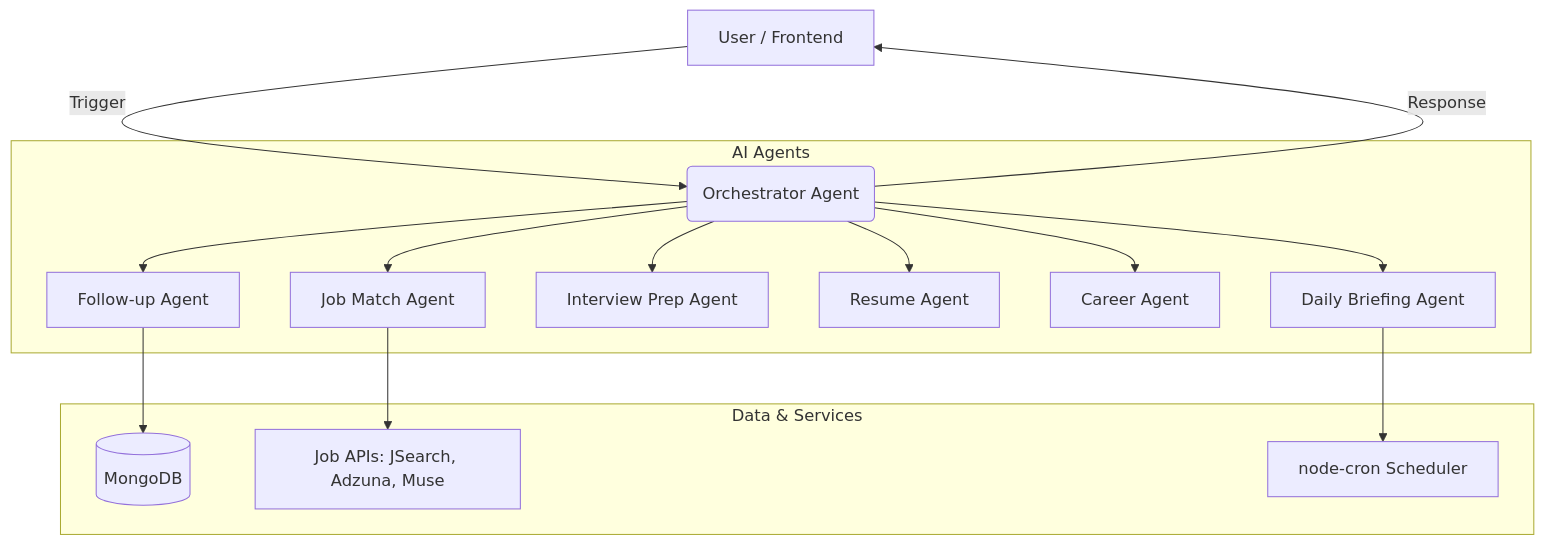
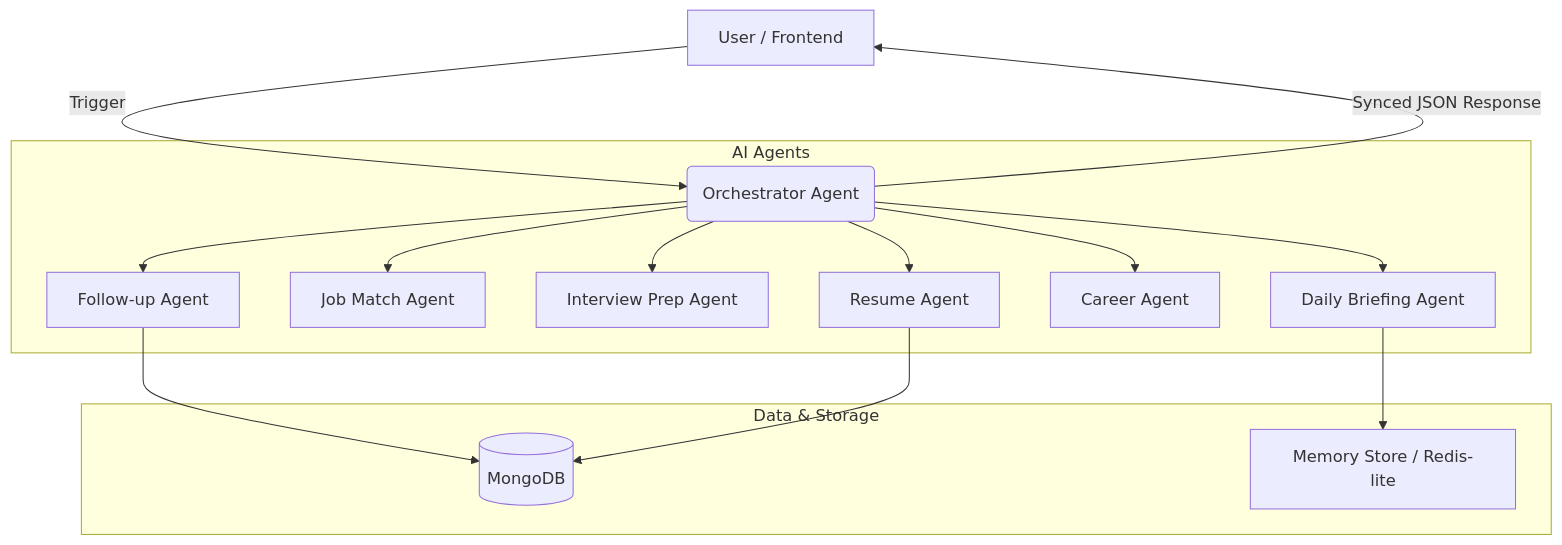
Before and after one commit to Sukesh-2006-cse/Job_Assistent: the first of 3 diagrams in README.md, drawn with Mermaid. The commit also changed other lines of this file, not shown here.

````diff
--- a/README.md
+++ b/README.md
@@ -11,21 +12,21 @@
 ```mermaid
 graph TD
     A[User / Frontend] -->|Trigger| B(Orchestrator Agent)
     
     subgraph AI Agents
         B --> C[Follow-up Agent]
         B --> D[Job Match Agent]
         B --> E[Interview Prep Agent]
         B --> F[Resume Agent]
         B --> G[Career Agent]
         B --> H[Daily Briefing Agent]
     end
     
-    subgraph Data & Services
+    subgraph Data & Storage
         C --> I[(MongoDB)]
-        D --> J[Job APIs: JSearch, Adzuna, Muse]
-        H --> K[node-cron Scheduler]
+        F --> I
+        H --> K[Memory Store / Redis-lite]
     end
     
-    B -->|Response| A
+    B -->|Synced JSON Response| A
 ```
````
